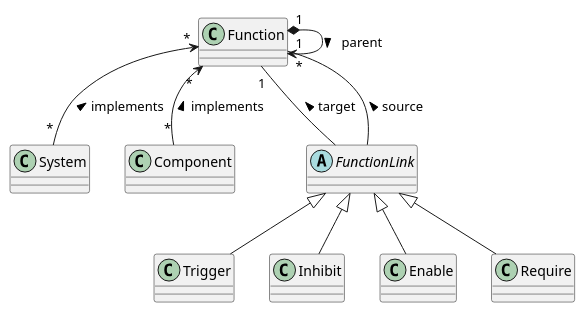
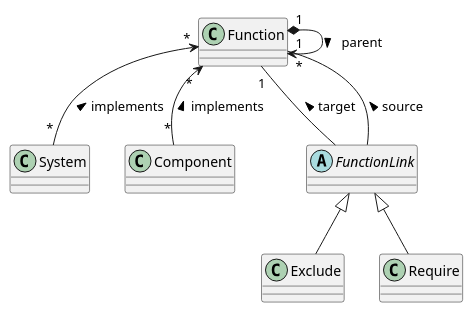
The diagram in doc/fscl/core-domain-model/functions.puml (onouv/fscl), drawn with PlantUML before and after one commit. The commit also changed 20 other files, not shown here.

```diff
--- a/doc/fscl/core-domain-model/functions.puml
+++ b/doc/fscl/core-domain-model/functions.puml
@@ -1,17 +1,15 @@
 @startuml
 class Function
 class System
 
 Function "*" <-- "*" System: implements <
 Function "*" <-- "*" Component: implements <
 
 abstract class FunctionLink
-FunctionLink <|-- Trigger
-FunctionLink <|-- Inhibit
-FunctionLink <|-- Enable
+FunctionLink <|-- Exclude
 FunctionLink <|-- Require
 
 Function "1" *--> "*" Function: parent >
 Function "1" -- FunctionLink: target <
 Function "1" -- FunctionLink: source <
 @enduml
```
